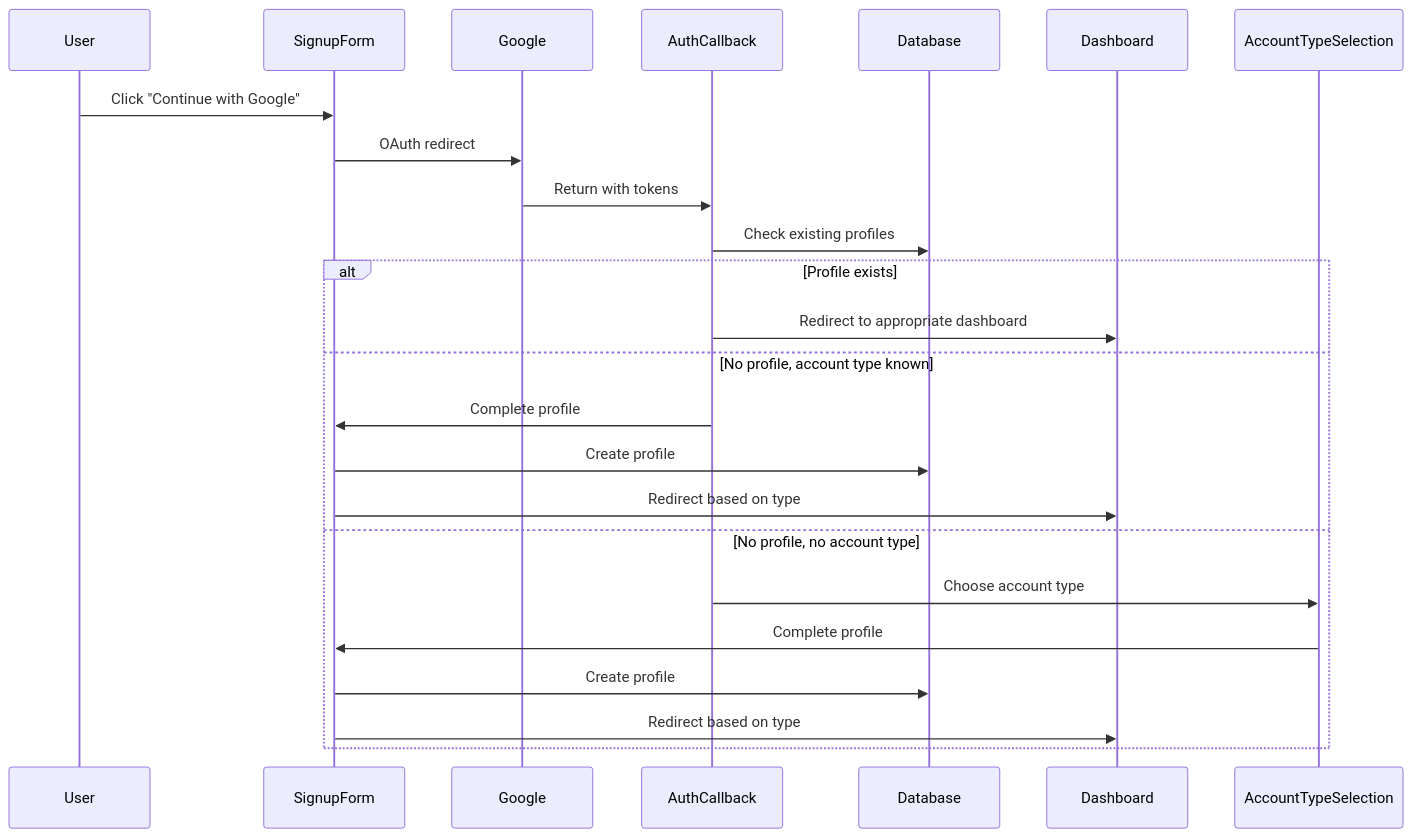
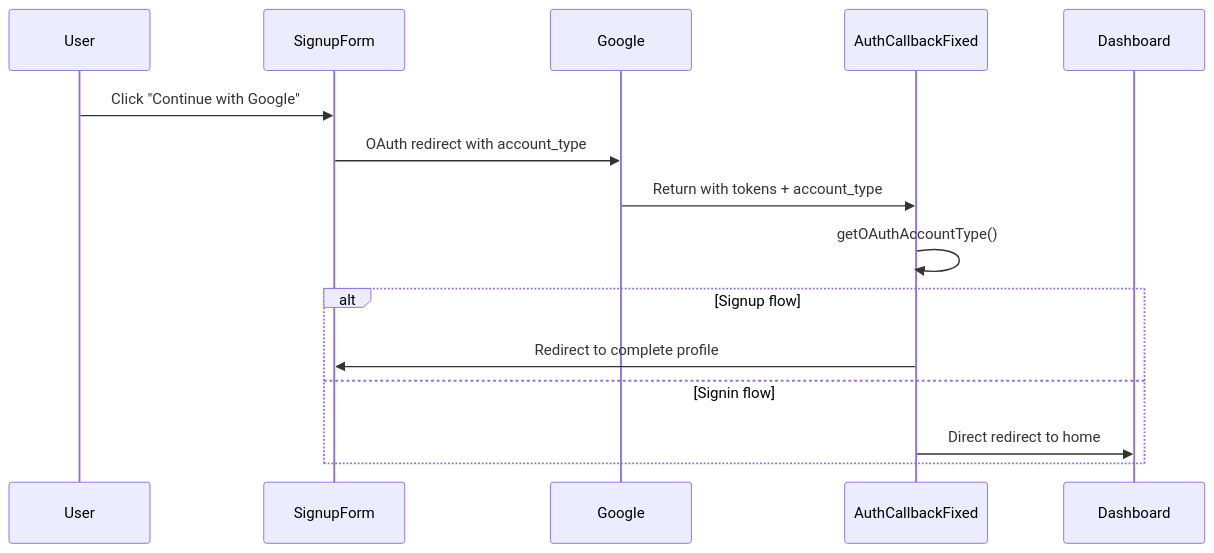
One commit to creepyblues/kstorybridge-integrated changed the second of 2 diagrams in AUTH_DOCUMENTATION.md. Above: the diagram before and after it, drawn with Mermaid. The commit also changed other lines of this file and 72 other files, not shown here.

````diff
--- a/AUTH_DOCUMENTATION.md
+++ b/AUTH_DOCUMENTATION.md
@@ -161,19 +166,12 @@
 ```mermaid
 sequenceDiagram
     User->>SignupForm: Click "Continue with Google"
-    SignupForm->>Google: OAuth redirect
-    Google->>AuthCallback: Return with tokens
-    AuthCallback->>Database: Check existing profiles
-    alt Profile exists
-        AuthCallback->>Dashboard: Redirect to appropriate dashboard
-    else No profile, account type known
-        AuthCallback->>SignupForm: Complete profile
-        SignupForm->>Database: Create profile
-        SignupForm->>Dashboard: Redirect based on type
-    else No profile, no account type
-        AuthCallback->>AccountTypeSelection: Choose account type
-        AccountTypeSelection->>SignupForm: Complete profile
-        SignupForm->>Database: Create profile
-        SignupForm->>Dashboard: Redirect based on type
+    SignupForm->>Google: OAuth redirect with account_type
+    Google->>AuthCallbackFixed: Return with tokens + account_type
+    AuthCallbackFixed->>AuthCallbackFixed: getOAuthAccountType()
+    alt Signup flow
+        AuthCallbackFixed->>SignupForm: Redirect to complete profile
+    else Signin flow
+        AuthCallbackFixed->>Dashboard: Direct redirect to home
     end
 ```
````
